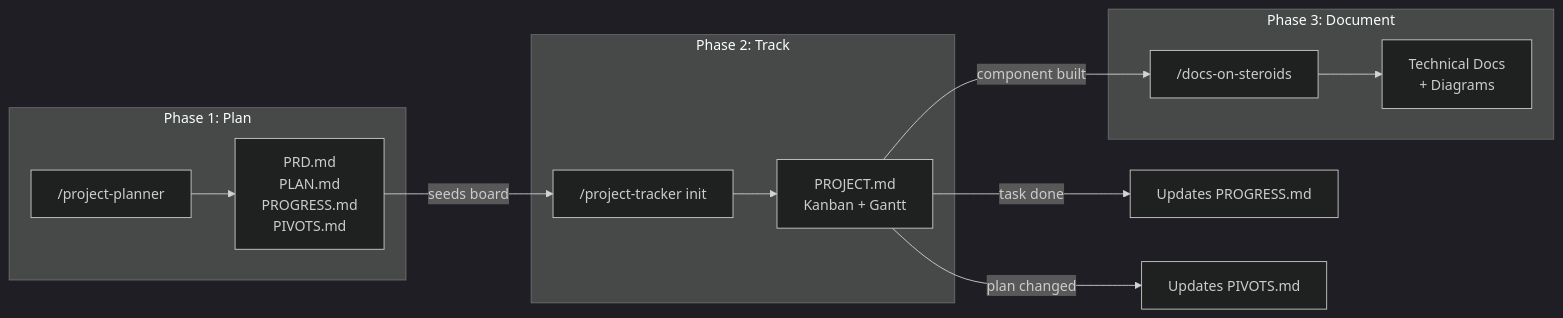
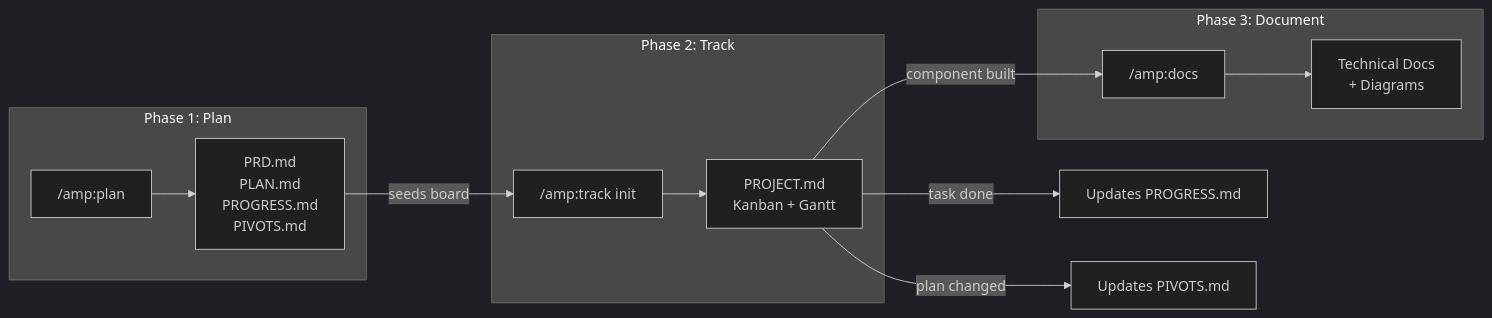
The second of 2 diagrams in README.md (grampsville/itay-claude-skills), drawn with Mermaid (dark theme) before and after one commit. The commit also changed other lines of this file and 22 other files, not shown here.

First line of the commit message:
feat!: rename skills to amp: namespace (amp:docs, amp:plan, amp:track)

````diff
--- a/README.md
+++ b/README.md
@@ -139,16 +139,16 @@
 ```mermaid
 flowchart LR
     subgraph Plan ["Phase 1: Plan"]
-        A["/project-planner"] --> B["PRD.md\nPLAN.md\nPROGRESS.md\nPIVOTS.md"]
+        A["/amp:plan"] --> B["PRD.md\nPLAN.md\nPROGRESS.md\nPIVOTS.md"]
     end
     subgraph Track ["Phase 2: Track"]
-        C["/project-tracker init"] --> D["PROJECT.md\nKanban + Gantt"]
+        C["/amp:track init"] --> D["PROJECT.md\nKanban + Gantt"]
     end
     subgraph Doc ["Phase 3: Document"]
-        E["/docs-on-steroids"] --> F["Technical Docs\n+ Diagrams"]
+        E["/amp:docs"] --> F["Technical Docs\n+ Diagrams"]
     end
     B -->|seeds board| C
     D -->|task done| G["Updates PROGRESS.md"]
     D -->|plan changed| H["Updates PIVOTS.md"]
     D -->|component built| E
 ```
````
